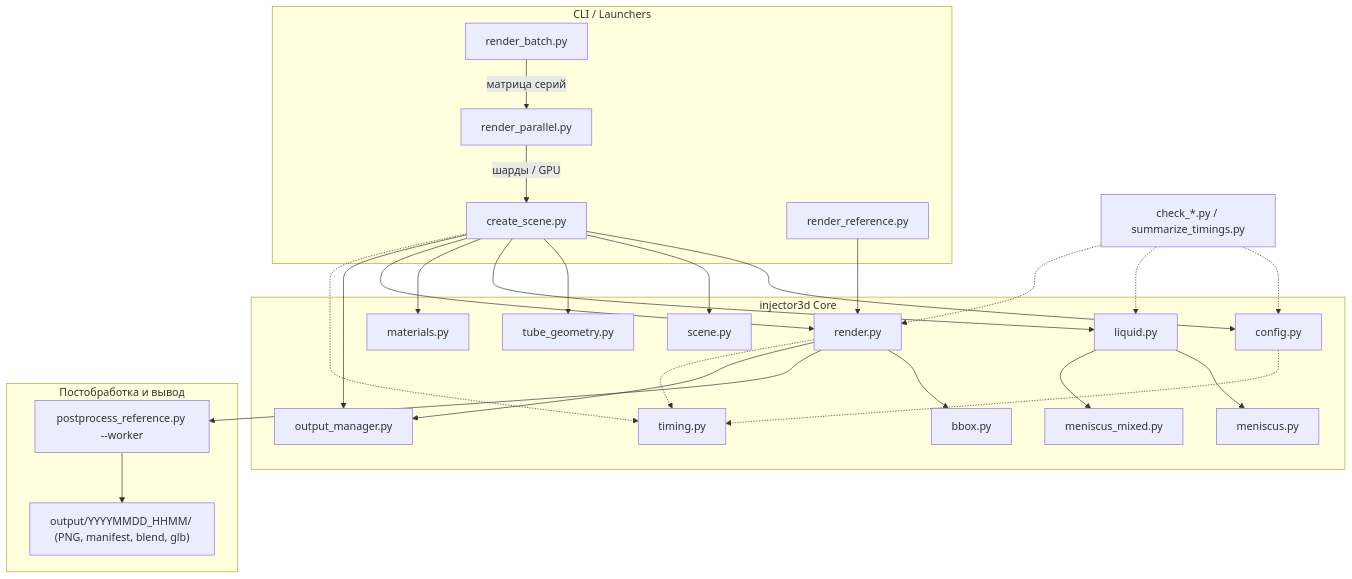
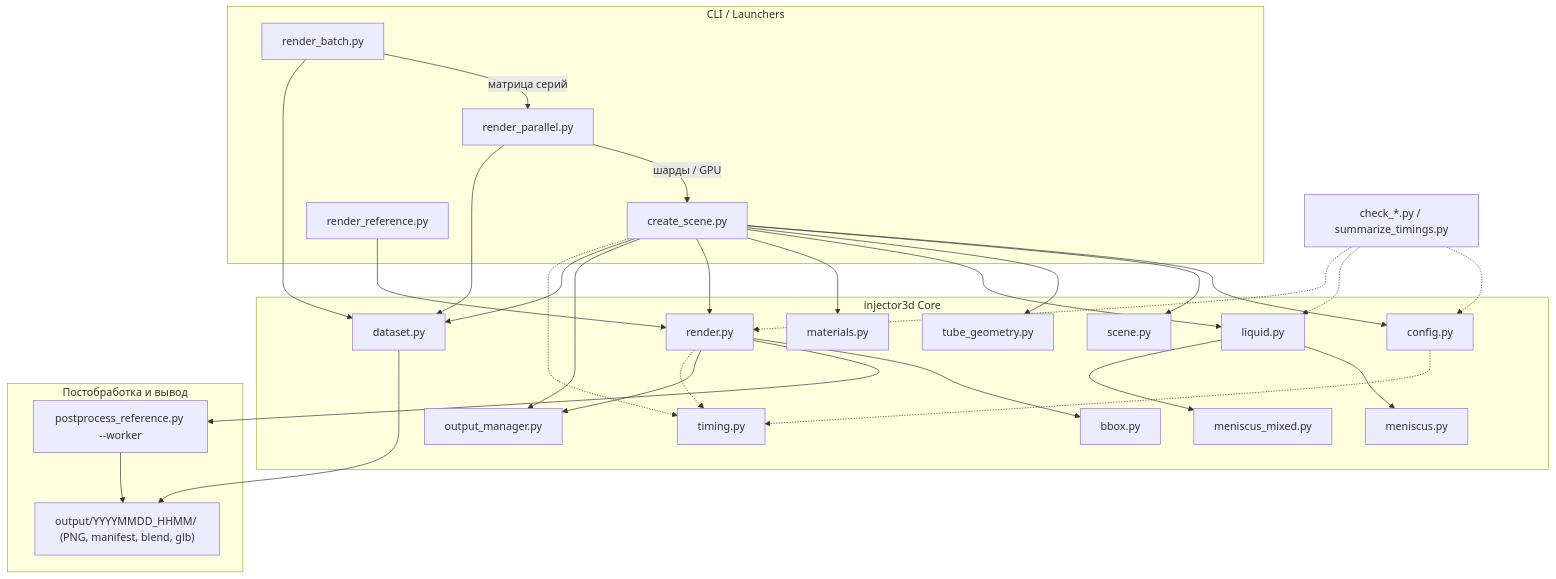
Before and after one commit to potashov/injector3D: the diagram in README.md, drawn with Mermaid. The commit also changed other lines of this file and 18 other files, not shown here.

````diff
--- a/README.md
+++ b/README.md
@@ -118,56 +149,61 @@
 ```mermaid
 flowchart TD
     subgraph CLI["CLI / Launchers"]
         CS["create_scene.py"]
         RP["render_parallel.py"]
         RB["render_batch.py"]
         RR["render_reference.py"]
     end
 
     subgraph CORE["injector3d Core"]
         CFG["config.py"]
         SCN["scene.py"]
         TG["tube_geometry.py"]
         LIQ["liquid.py"]
         MEN["meniscus.py"]
         MM["meniscus_mixed.py"]
         MAT["materials.py"]
         RND["render.py"]
         BBOX["bbox.py"]
+        DS["dataset.py"]
         TIM["timing.py"]
         OM["output_manager.py"]
     end
 
     subgraph POST["Постобработка и вывод"]
         PP["postprocess_reference.py --worker"]
         OUT["output/YYYYMMDD_HHMM/ (PNG, manifest, blend, glb)"]
     end
 
     CHK["check_*.py / summarize_timings.py"]
 
     RB -->|матрица серий| RP
     RP -->|шарды / GPU| CS
     RR --> RND
 
     CS --> CFG
     CS --> SCN
     CS --> TG
     CS --> LIQ
     LIQ --> MEN
     LIQ --> MM
     CS --> MAT
     CS --> RND
 
     RND --> BBOX
     RND --> PP
     PP --> OUT
     CS --> OM
     RND --> OM
+    RP --> DS
+    RB --> DS
+    CS --> DS
+    DS --> OUT
 
     CFG -.-> TIM
     CS -.-> TIM
     RND -.-> TIM
     CHK -.-> CFG
     CHK -.-> LIQ
     CHK -.-> RND
 ```
````
